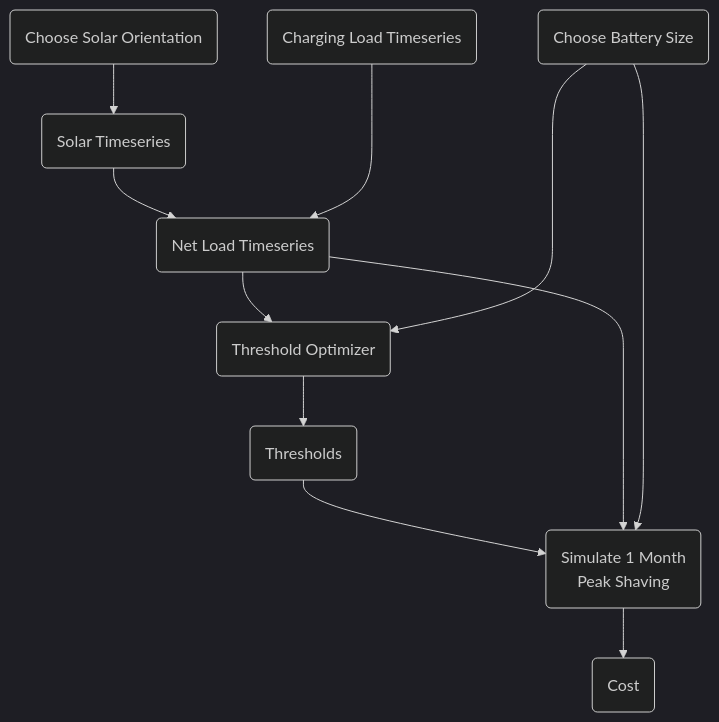
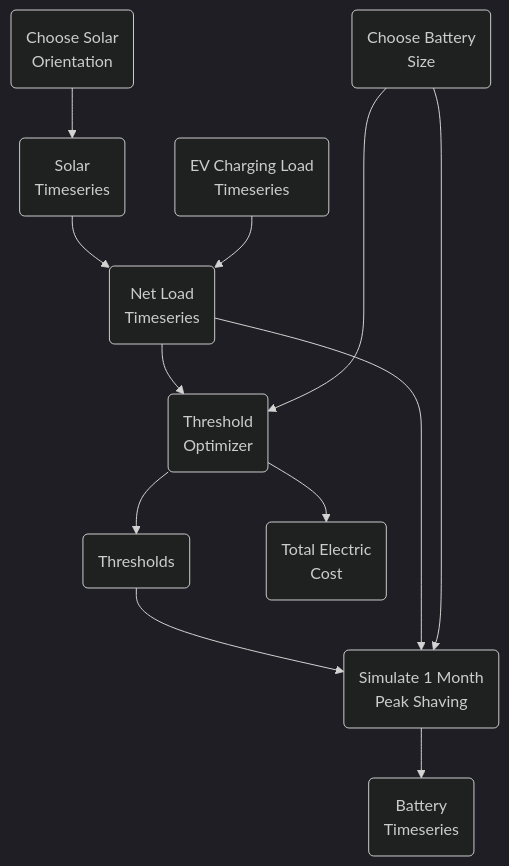
The third of 3 diagrams in Paper/bifacial_peak_shaving_paper.md (woodjmichael/Bifacial-solar-and-peakshaving), drawn with Mermaid (dark theme) before and after one commit. The commit also changed other lines of this file and 1 other file, not shown here.

````diff
--- a/Paper/bifacial_peak_shaving_paper.md
+++ b/Paper/bifacial_peak_shaving_paper.md
@@ -181,20 +207,22 @@
 ```mermaid
+%%{init: {'flowchart' : {'curve' : 'basis'}}}%%
 graph TD
-S(Choose Solar Orientation)
-ST(Solar Timeseries)
-LT(Charging Load Timeseries)
-NLT(Net Load Timeseries)
-B(Choose Battery Size)
-O(Threshold Optimizer)
+S(Choose Solar<br>Orientation)
+ST(Solar<br>Timeseries)
+LT(EV Charging Load<br>Timeseries)
+NLT(Net Load<br>Timeseries)
+B(Choose Battery<br>Size)
+O(Threshold<br>Optimizer)
 Sim(Simulate 1 Month<br>Peak Shaving)
 T(Thresholds)
-C(Cost)
+C(Total Electric<br>Cost)
+BT(Battery<br>Timeseries)
 
 S --> ST --> NLT 
-LT ---> NLT
-NLT --> O
-B --> O --> T --> Sim --> C
+LT --> NLT
+NLT --> O --> C
+B --> O --> T --> Sim --> BT
 
 NLT --> Sim
 B ------> Sim
 ```
````
